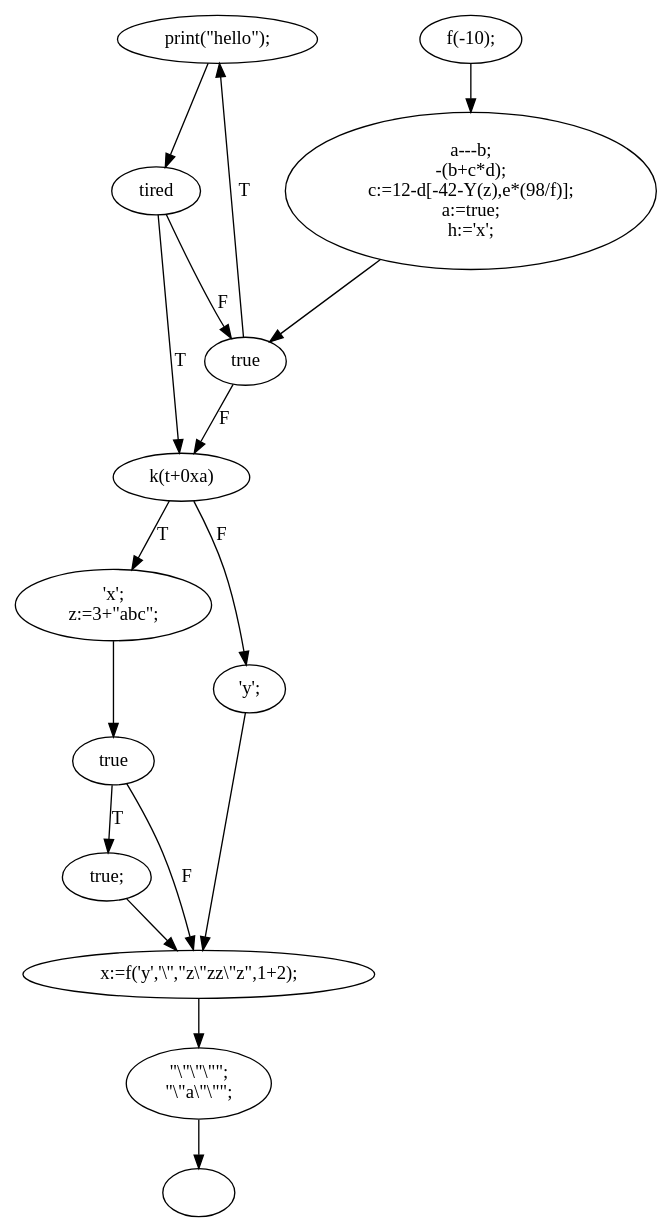
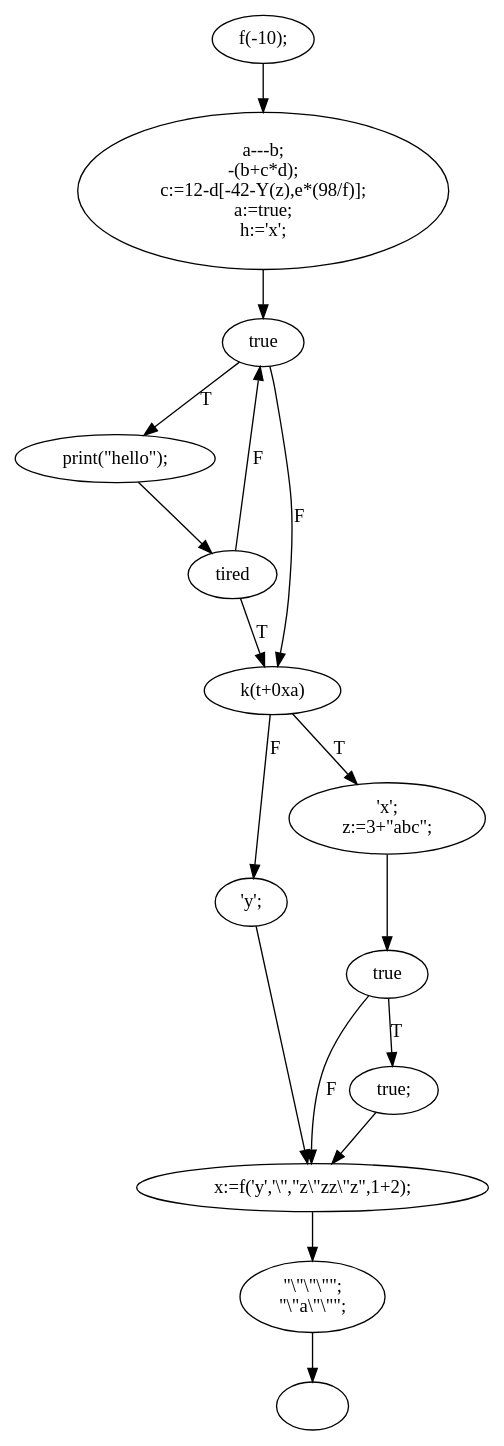
One commit to romagolchin/itmo-masters changed the diagram in program-model-verification/output/lab2_cfg/test.main.dot. Above: the diagram before and after it, drawn with Graphviz. The commit also changed 27 other files, not shown here.

```diff
--- a/program-model-verification/output/lab2_cfg/test.main.dot
+++ b/program-model-verification/output/lab2_cfg/test.main.dot
@@ -1,37 +1,37 @@
 digraph {
-  0 [label="print(\"hello\");"];
-  1 [label="'x';
-z:=3+\"abc\";"];
-  2 [label="f(-10);"];
-  3 [label="x:=f('y','\\'',\"z\\\"zz\\\"z\",1+2);"];
-  4 [label="true"];
-  5 [label="\"\\\"\\\"\\\"\";
-\"\\\"a\\\"\\\"\";"];
-  6 [label="tired"];
-  7 [label="true;"];
-  8 [label="'y';"];
-  9 [label="a---b;
+  0 [label="'y';"];
+  1 [label="print(\"hello\");"];
+  2 [label="a---b;
 -(b+c*d);
 c:=12-d[-42-Y(z),e*(98/f)];
 a:=true;
 h:='x';"];
-  10 [label="true"];
-  11 [label="k(t+0xa)"];
-  12 [label=""];
-  5 -> 12 [label=""];
-  2 -> 9 [label=""];
-  10 -> 11 [label="F"];
-  8 -> 3 [label=""];
-  10 -> 0 [label="T"];
-  4 -> 3 [label="F"];
-  6 -> 10 [label="F"];
-  1 -> 4 [label=""];
-  0 -> 6 [label=""];
-  7 -> 3 [label=""];
-  11 -> 8 [label="F"];
-  11 -> 1 [label="T"];
-  9 -> 10 [label=""];
-  3 -> 5 [label=""];
-  6 -> 11 [label="T"];
-  4 -> 7 [label="T"];
+  3 [label="true;"];
+  4 [label="\"\\\"\\\"\\\"\";
+\"\\\"a\\\"\\\"\";"];
+  5 [label="k(t+0xa)"];
+  6 [label=""];
+  7 [label="true"];
+  8 [label="true"];
+  9 [label="f(-10);"];
+  10 [label="tired"];
+  11 [label="'x';
+z:=3+\"abc\";"];
+  12 [label="x:=f('y','\\'',\"z\\\"zz\\\"z\",1+2);"];
+  9 -> 2 [label=""];
+  12 -> 4 [label=""];
+  10 -> 5 [label="T"];
+  5 -> 0 [label="F"];
+  8 -> 5 [label="F"];
+  1 -> 10 [label=""];
+  5 -> 11 [label="T"];
+  11 -> 7 [label=""];
+  0 -> 12 [label=""];
+  4 -> 6 [label=""];
+  7 -> 12 [label="F"];
+  3 -> 12 [label=""];
+  10 -> 8 [label="F"];
+  2 -> 8 [label=""];
+  8 -> 1 [label="T"];
+  7 -> 3 [label="T"];
 }
```
